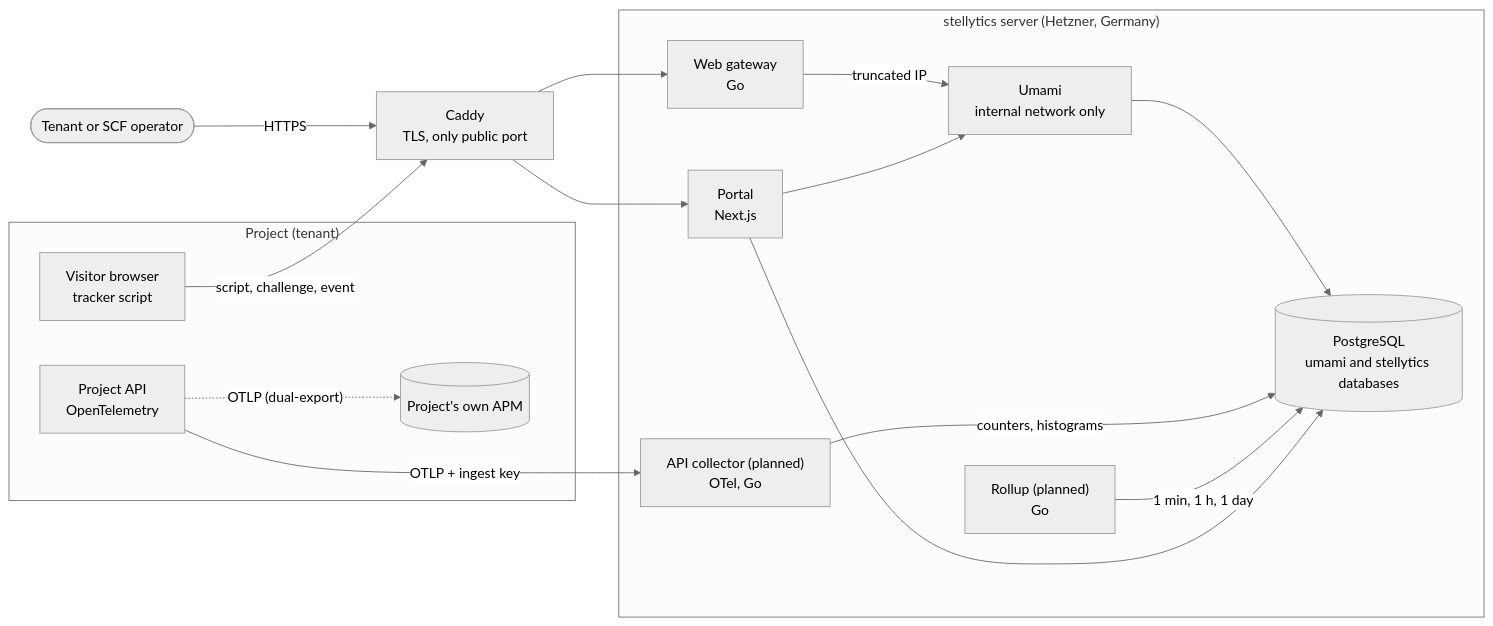
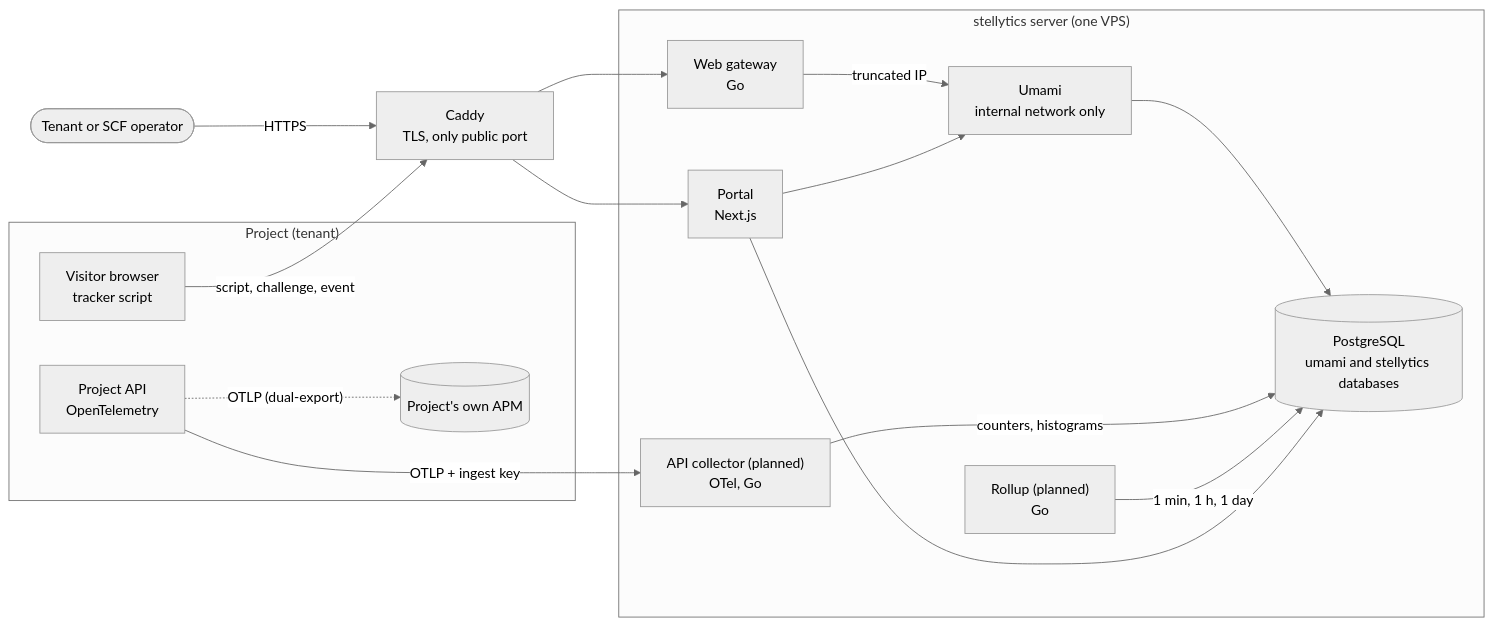
One commit to manucadev81/stellytics changed the diagram in docs/proposta/proposal.md. Above: the diagram before and after it, drawn with Mermaid (neutral theme). The commit also changed other lines of this file and 97 other files, not shown here.

````diff
--- a/docs/proposta/proposal.md
+++ b/docs/proposta/proposal.md
@@ -54,30 +54,30 @@
 ```mermaid
 flowchart LR
   subgraph tenant["Project (tenant)"]
     nav["Visitor browser<br/>tracker script"]
     api["Project API<br/>OpenTelemetry"]
     apm[("Project's own APM")]
   end
   person(["Tenant or SCF operator"])
   caddy["Caddy<br/>TLS, only public port"]
-  subgraph vm["stellytics server (Hetzner, Germany)"]
+  subgraph vm["stellytics server (one VPS)"]
     portal["Portal<br/>Next.js"]
     gw["Web gateway<br/>Go"]
     umami["Umami<br/>internal network only"]
     col["API collector (planned)<br/>OTel, Go"]
     roll["Rollup (planned)<br/>Go"]
     pg[("PostgreSQL<br/>umami and stellytics databases")]
   end
   nav -->|"script, challenge, event"| caddy
   api -->|"OTLP + ingest key"| col
   api -.->|"OTLP (dual-export)"| apm
   person -->|HTTPS| caddy
   caddy --> gw
   caddy --> portal
   gw -->|"truncated IP"| umami
   umami --> pg
   col -->|"counters, histograms"| pg
   roll -->|"1 min, 1 h, 1 day"| pg
   portal --> umami
   portal --> pg
 ```
````
